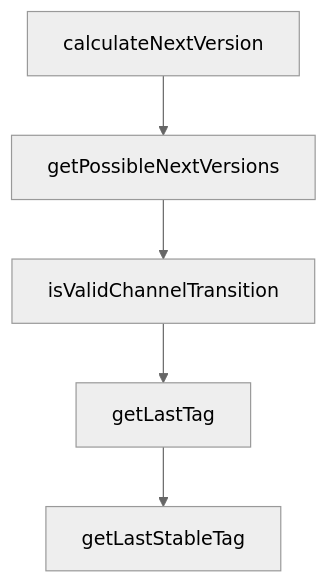
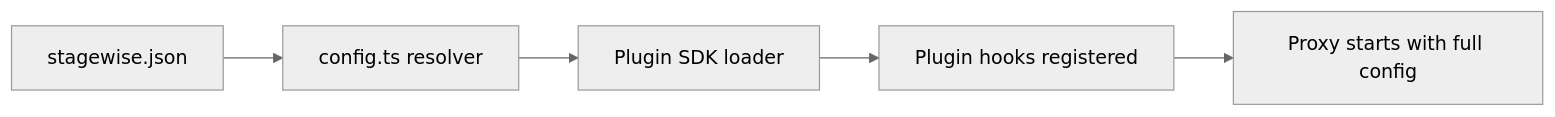
One commit to johnxie/awesome-code-docs changed the diagram in tutorials/stagewise-tutorial/04-configuration-and-plugin-loading.md. Above: the diagram before and after it, drawn with Mermaid (neutral theme). The commit also changed other lines of this file and 1232 other files, not shown here.

````diff
--- a/tutorials/stagewise-tutorial/04-configuration-and-plugin-loading.md
+++ b/tutorials/stagewise-tutorial/04-configuration-and-plugin-loading.md
@@ -225,12 +70,7 @@
 ```mermaid
-flowchart TD
-    A[calculateNextVersion]
-    B[getPossibleNextVersions]
-    C[isValidChannelTransition]
-    D[getLastTag]
-    E[getLastStableTag]
-    A --> B
-    B --> C
-    C --> D
-    D --> E
+flowchart LR
+    A[stagewise.json] --> B[config.ts resolver]
+    B --> C[Plugin SDK loader]
+    C --> D[Plugin hooks registered]
+    D --> E[Proxy starts with full config]
 ```
````
